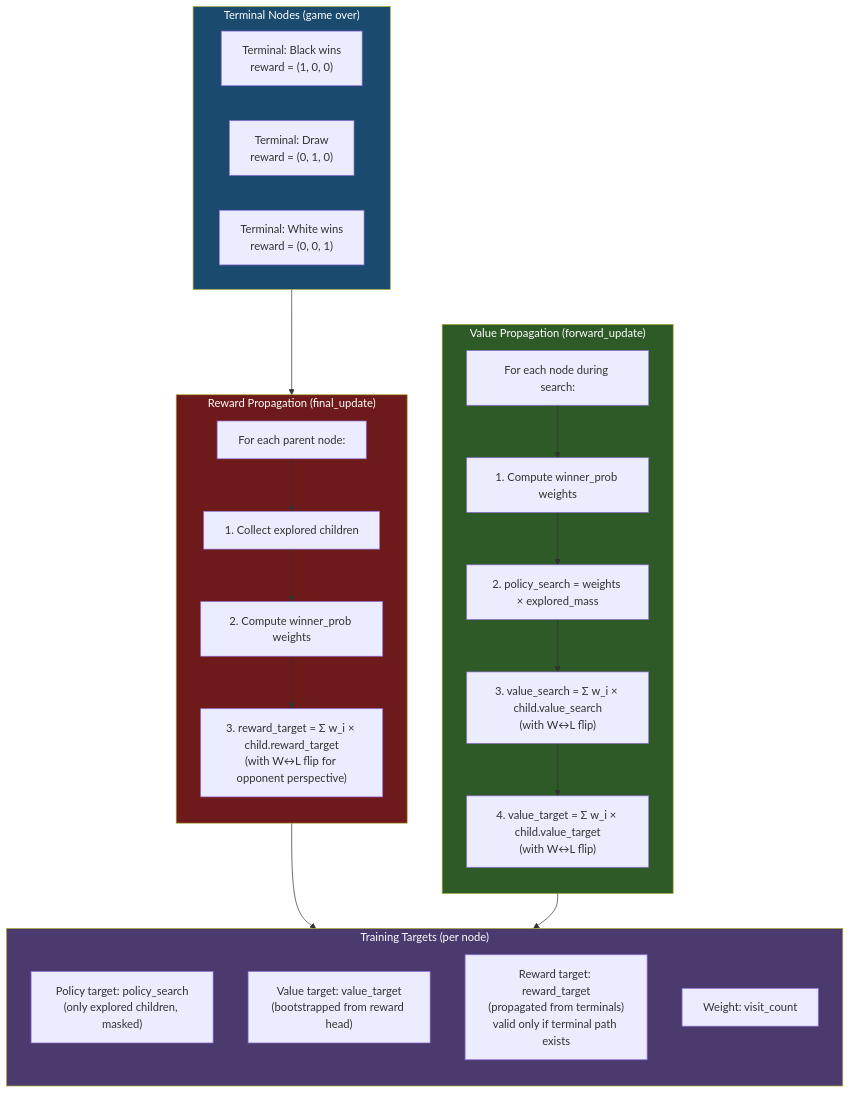
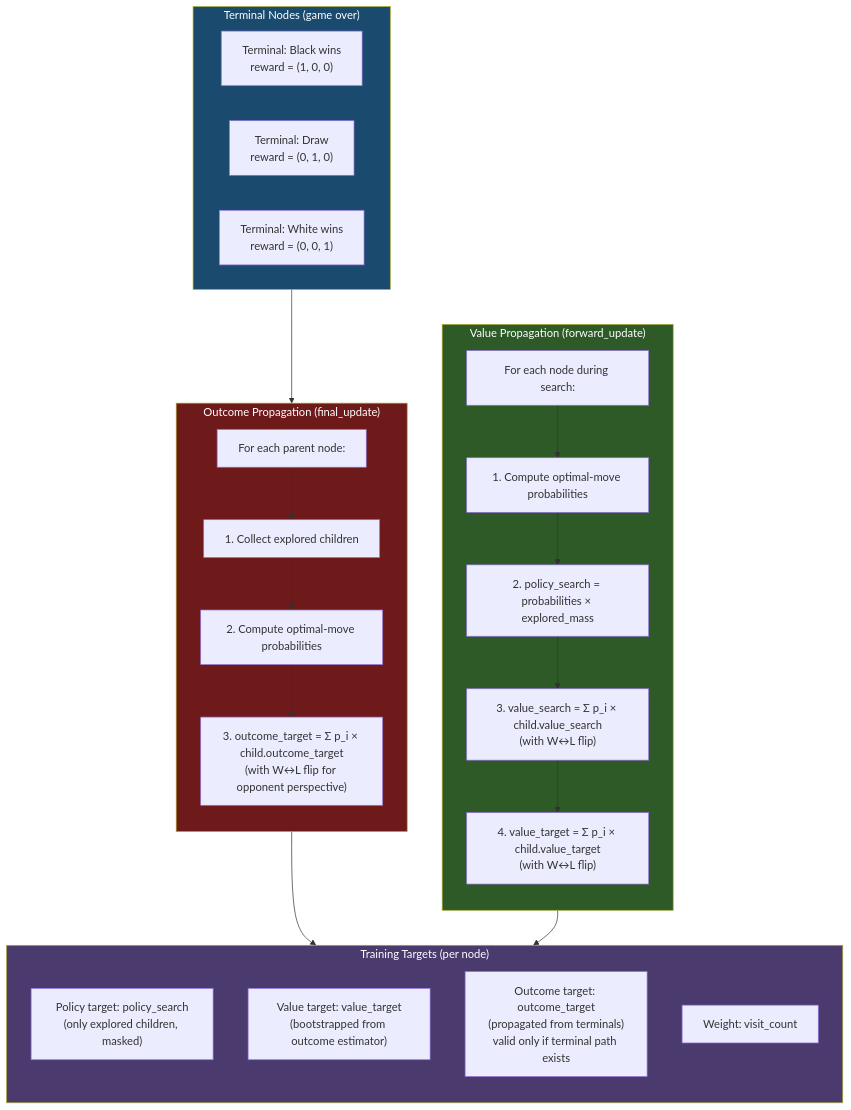
The second of 2 diagrams in README.md (chrono-motz/ProbZero), drawn with Mermaid before and after one commit. The commit also changed other lines of this file and 81 other files, not shown here.

````diff
--- a/README.md
+++ b/README.md
@@ -89,44 +166,44 @@
 ```mermaid
 flowchart TB
     subgraph TerminalNodes["Terminal Nodes (game over)"]
         T1["Terminal: Black wins<br/>reward = (1, 0, 0)"]
         T2["Terminal: Draw<br/>reward = (0, 1, 0)"]
         T3["Terminal: White wins<br/>reward = (0, 0, 1)"]
     end
-    
-    subgraph RewardProp["Reward Propagation (final_update)"]
+
+    subgraph RewardProp["Outcome Propagation (final_update)"]
         direction TB
         R1["For each parent node:"]
         R2["1. Collect explored children"]
-        R3["2. Compute winner_prob weights"]
-        R4["3. reward_target = Σ w_i × child.reward_target<br/>(with W↔L flip for opponent perspective)"]
+        R3["2. Compute optimal-move probabilities"]
+        R4["3. outcome_target = Σ p_i × child.outcome_target<br/>(with W↔L flip for opponent perspective)"]
         R1 --> R2 --> R3 --> R4
     end
-    
+
     subgraph ValueProp["Value Propagation (forward_update)"]
         direction TB
         V1["For each node during search:"]
-        V2["1. Compute winner_prob weights"]
-        V3["2. policy_search = weights × explored_mass"]
-        V4["3. value_search = Σ w_i × child.value_search<br/>(with W↔L flip)"]
-        V5["4. value_target = Σ w_i × child.value_target<br/>(with W↔L flip)"]
+        V2["1. Compute optimal-move probabilities"]
+        V3["2. policy_search = probabilities × explored_mass"]
+        V4["3. value_search = Σ p_i × child.value_search<br/>(with W↔L flip)"]
+        V5["4. value_target = Σ p_i × child.value_target<br/>(with W↔L flip)"]
         V1 --> V2 --> V3 --> V4 --> V5
     end
-    
+
     subgraph Training["Training Targets (per node)"]
         direction TB
         L1["Policy target: policy_search<br/>(only explored children, masked)"]
-        L2["Value target: value_target<br/>(bootstrapped from reward head)"]
-        L3["Reward target: reward_target<br/>(propagated from terminals)<br/>valid only if terminal path exists"]
+        L2["Value target: value_target<br/>(bootstrapped from outcome estimator)"]
+        L3["Outcome target: outcome_target<br/>(propagated from terminals)<br/>valid only if terminal path exists"]
         L4["Weight: visit_count"]
     end
-    
+
     TerminalNodes --> RewardProp
     RewardProp --> Training
     ValueProp --> Training
 
     style TerminalNodes fill:#1a4a6e,color:#fff
     style RewardProp fill:#6e1a1a,color:#fff
     style ValueProp fill:#2d5a27,color:#fff
     style Training fill:#4a3a6e,color:#fff
 ```
````
